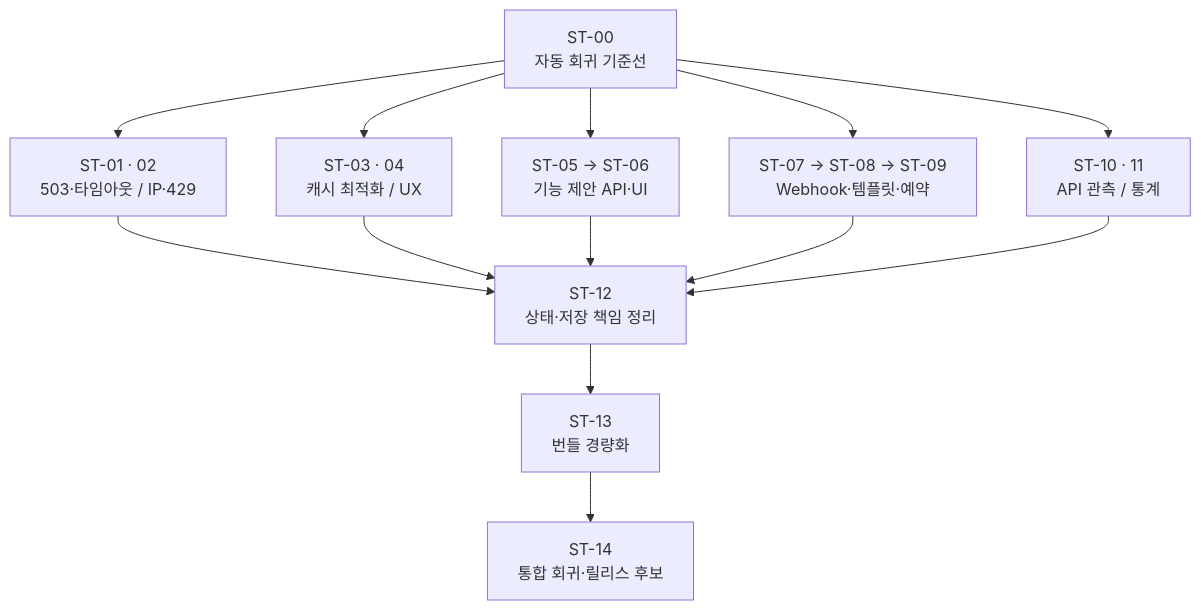
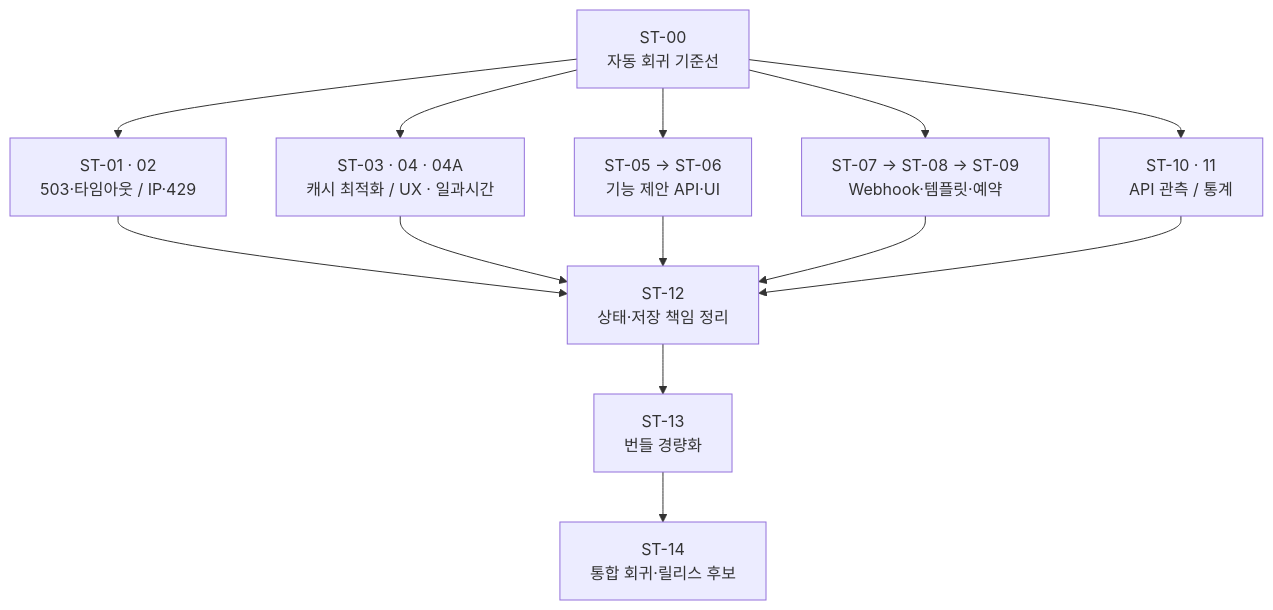
One commit to Transient-Onlooker/opencigan changed the diagram in docs/roadmap/short-term-2026-11-21.md. Above: the diagram before and after it, drawn with Mermaid. The commit also changed other lines of this file, not shown here.

Commit message:
docs(roadmap): add school lesson start time discovery from day_time

````diff
--- a/docs/roadmap/short-term-2026-11-21.md
+++ b/docs/roadmap/short-term-2026-11-21.md
@@ -18,24 +18,24 @@
 ```mermaid
 flowchart TB
     Baseline["ST-00<br/>자동 회귀 기준선"]
     Stable["ST-01 · 02<br/>503·타임아웃 / IP·429"]
-    Speed["ST-03 · 04<br/>캐시 최적화 / UX"]
+    Speed["ST-03 · 04 · 04A<br/>캐시 최적화 / UX · 일과시간"]
     Request["ST-05 → ST-06<br/>기능 제안 API·UI"]
     Notify["ST-07 → ST-08 → ST-09<br/>Webhook·템플릿·예약"]
     API["ST-10 · 11<br/>API 관측 / 통계"]
     State["ST-12<br/>상태·저장 책임 정리"]
     Bundle["ST-13<br/>번들 경량화"]
     Final["ST-14<br/>통합 회귀·릴리스 후보"]
 
     Baseline --> Stable
     Baseline --> Speed
     Baseline --> Request
     Baseline --> Notify
     Baseline --> API
     Stable --> State
     Speed --> State
     Request --> State
     Notify --> State
     API --> State
     State --> Bundle --> Final
 ```
````
